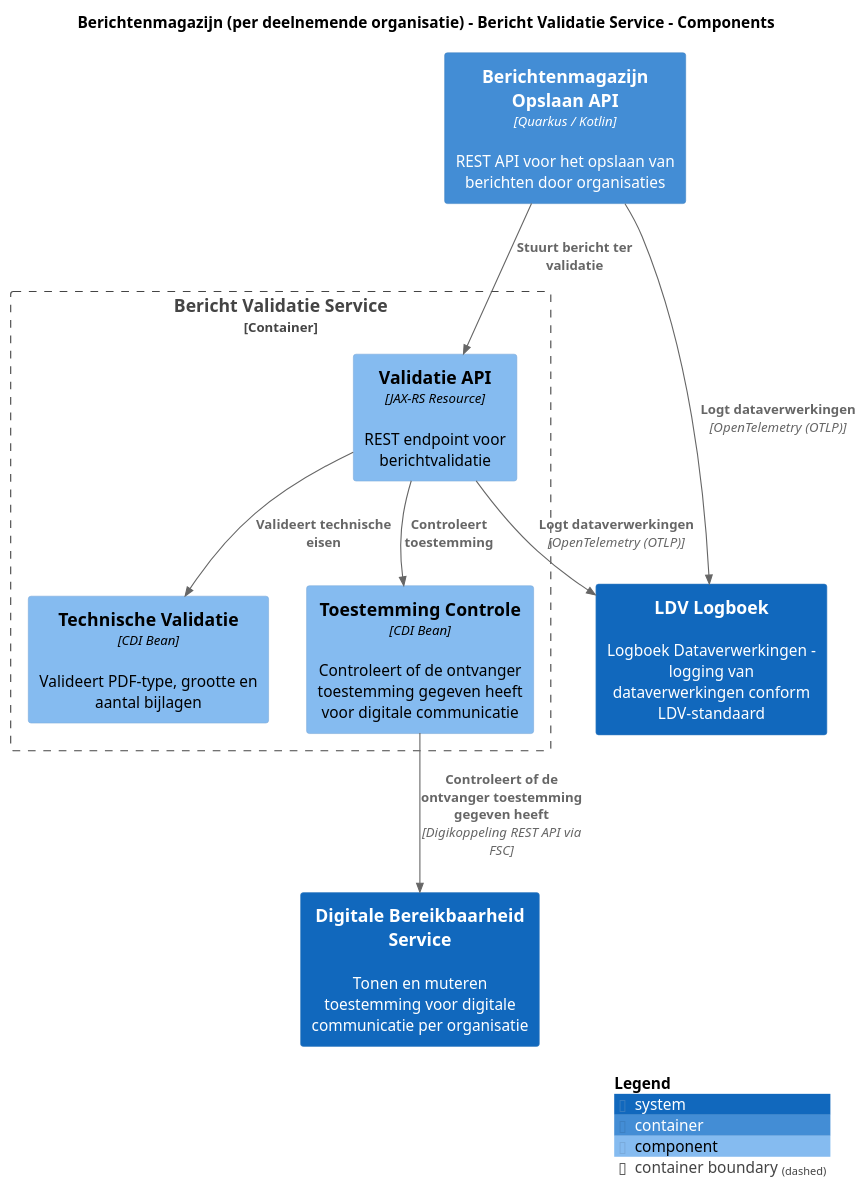
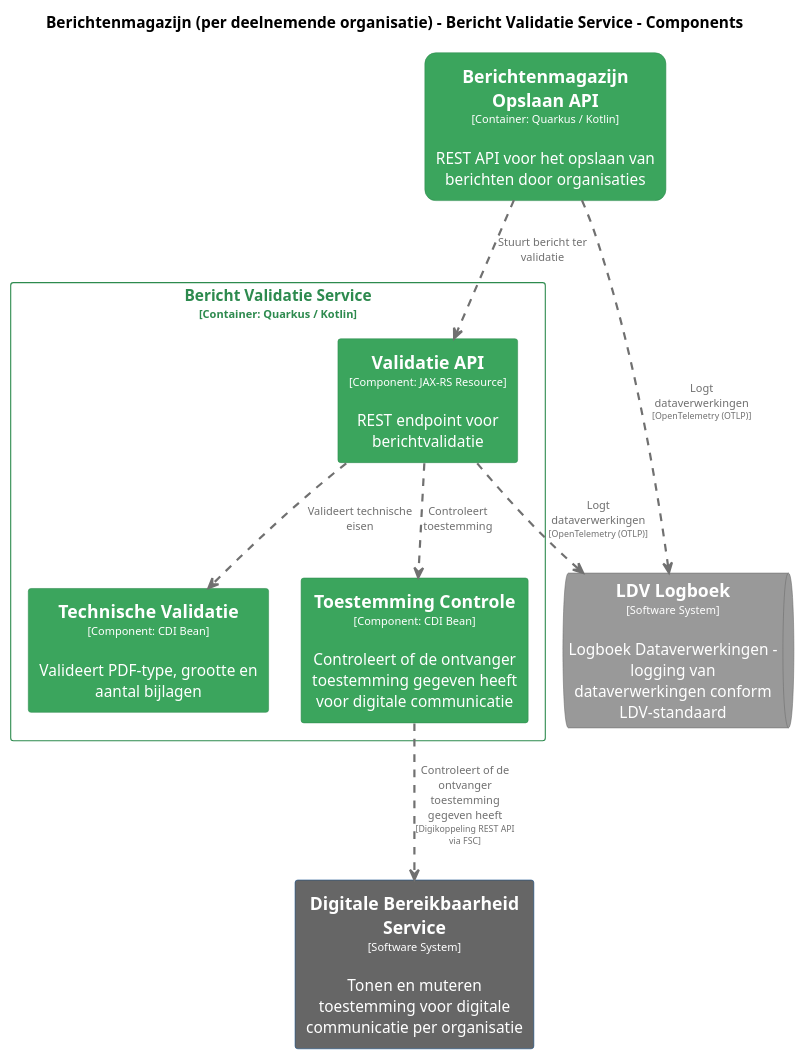
One commit to MinBZK/moza-poc-fbs-berichtenbox changed the diagram in master/puml/BerichtValidatieComponenten.puml. Above: the diagram before and after it, drawn with PlantUML. The commit also changed 45 other files, not shown here.

```diff
--- a/master/puml/BerichtValidatieComponenten.puml
+++ b/master/puml/BerichtValidatieComponenten.puml
@@ -1,30 +1,77 @@
 @startuml
 set separator none
 title Berichtenmagazijn (per deelnemende organisatie) - Bericht Validatie Service - Components
 
 top to bottom direction
+skinparam ranksep 60
+skinparam nodesep 30
 
-!include <C4/C4>
-!include <C4/C4_Context>
-!include <C4/C4_Container>
-!include <C4/C4_Component>
-
-System(DigitaleBereikbaarheidService, "Digitale Bereikbaarheid Service", $descr="Tonen en muteren toestemming voor digitale communicatie per organisatie", $tags="", $link="")
-Container(Berichtenmagazijnperdeelnemendeorganisatie.BerichtenmagazijnOpslaanAPI, "Berichtenmagazijn Opslaan API", $techn="Quarkus / Kotlin", $descr="REST API voor het opslaan van berichten door organisaties", $tags="", $link="")
-System(LDVLogboek, "LDV Logboek", $descr="Logboek Dataverwerkingen - logging van dataverwerkingen conform LDV-standaard", $tags="", $link="")
-
-Container_Boundary("Berichtenmagazijnperdeelnemendeorganisatie.BerichtValidatieService_boundary", "Bericht Validatie Service", $tags="") {
-  Component(Berichtenmagazijnperdeelnemendeorganisatie.BerichtValidatieService.ValidatieAPI, "Validatie API", $techn="JAX-RS Resource", $descr="REST endpoint voor berichtvalidatie", $tags="", $link="")
-  Component(Berichtenmagazijnperdeelnemendeorganisatie.BerichtValidatieService.TechnischeValidatie, "Technische Validatie", $techn="CDI Bean", $descr="Valideert PDF-type, grootte en aantal bijlagen", $tags="", $link="")
-  Component(Berichtenmagazijnperdeelnemendeorganisatie.BerichtValidatieService.ToestemmingControle, "Toestemming Controle", $techn="CDI Bean", $descr="Controleert of de ontvanger toestemming gegeven heeft voor digitale communicatie", $tags="", $link="")
+skinparam {
+  arrowFontSize 10
+  defaultTextAlignment center
+  wrapWidth 200
+  maxMessageSize 100
 }
 
-Rel(Berichtenmagazijnperdeelnemendeorganisatie.BerichtValidatieService.ValidatieAPI, LDVLogboek, "Logt dataverwerkingen", $techn="OpenTelemetry (OTLP)", $tags="", $link="")
-Rel(Berichtenmagazijnperdeelnemendeorganisatie.BerichtValidatieService.ValidatieAPI, Berichtenmagazijnperdeelnemendeorganisatie.BerichtValidatieService.TechnischeValidatie, "Valideert technische eisen", $techn="", $tags="", $link="")
-Rel(Berichtenmagazijnperdeelnemendeorganisatie.BerichtValidatieService.ValidatieAPI, Berichtenmagazijnperdeelnemendeorganisatie.BerichtValidatieService.ToestemmingControle, "Controleert toestemming", $techn="", $tags="", $link="")
-Rel(Berichtenmagazijnperdeelnemendeorganisatie.BerichtenmagazijnOpslaanAPI, Berichtenmagazijnperdeelnemendeorganisatie.BerichtValidatieService.ValidatieAPI, "Stuurt bericht ter validatie", $techn="", $tags="", $link="")
-Rel(Berichtenmagazijnperdeelnemendeorganisatie.BerichtValidatieService.ToestemmingControle, DigitaleBereikbaarheidService, "Controleert of de ontvanger toestemming gegeven heeft", $techn="Digikoppeling REST API via FSC", $tags="", $link="")
-Rel(Berichtenmagazijnperdeelnemendeorganisatie.BerichtenmagazijnOpslaanAPI, LDVLogboek, "Logt dataverwerkingen", $techn="OpenTelemetry (OTLP)", $tags="", $link="")
+hide stereotype
 
-SHOW_LEGEND(true)
+skinparam rectangle<<Berichtenmagazijnperdeelnemendeorganisatie.BerichtenmagazijnOpslaanAPI>> {
+  BackgroundColor #3ba55d
+  FontColor #ffffff
+  BorderColor #2d8a4e
+  roundCorner 20
+  shadowing false
+}
+skinparam rectangle<<DigitaleBereikbaarheidService>> {
+  BackgroundColor #666666
+  FontColor #ffffff
+  BorderColor #0b4884
+  shadowing false
+}
+skinparam queue<<LDVLogboek>> {
+  BackgroundColor #999999
+  FontColor #ffffff
+  BorderColor #6b6b6b
+  shadowing false
+}
+skinparam rectangle<<Berichtenmagazijnperdeelnemendeorganisatie.BerichtValidatieService.TechnischeValidatie>> {
+  BackgroundColor #3ba55d
+  FontColor #ffffff
+  BorderColor #2d8a4e
+  shadowing false
+}
+skinparam rectangle<<Berichtenmagazijnperdeelnemendeorganisatie.BerichtValidatieService.ToestemmingControle>> {
+  BackgroundColor #3ba55d
+  FontColor #ffffff
+  BorderColor #2d8a4e
+  shadowing false
+}
+skinparam rectangle<<Berichtenmagazijnperdeelnemendeorganisatie.BerichtValidatieService.ValidatieAPI>> {
+  BackgroundColor #3ba55d
+  FontColor #ffffff
+  BorderColor #2d8a4e
+  shadowing false
+}
+skinparam rectangle<<Berichtenmagazijnperdeelnemendeorganisatie.BerichtValidatieService>> {
+  BorderColor #2d8a4e
+  FontColor #2d8a4e
+  shadowing false
+}
+
+rectangle "==Digitale Bereikbaarheid Service\n<size:10>[Software System]</size>\n\nTonen en muteren toestemming voor digitale communicatie per organisatie" <<DigitaleBereikbaarheidService>> as DigitaleBereikbaarheidService
+rectangle "==Berichtenmagazijn Opslaan API\n<size:10>[Container: Quarkus / Kotlin]</size>\n\nREST API voor het opslaan van berichten door organisaties" <<Berichtenmagazijnperdeelnemendeorganisatie.BerichtenmagazijnOpslaanAPI>> as Berichtenmagazijnperdeelnemendeorganisatie.BerichtenmagazijnOpslaanAPI
+queue "==LDV Logboek\n<size:10>[Software System]</size>\n\nLogboek Dataverwerkingen - logging van dataverwerkingen conform LDV-standaard" <<LDVLogboek>> as LDVLogboek
+
+rectangle "Bericht Validatie Service\n<size:10>[Container: Quarkus / Kotlin]</size>" <<Berichtenmagazijnperdeelnemendeorganisatie.BerichtValidatieService>> {
+  rectangle "==Validatie API\n<size:10>[Component: JAX-RS Resource]</size>\n\nREST endpoint voor berichtvalidatie" <<Berichtenmagazijnperdeelnemendeorganisatie.BerichtValidatieService.ValidatieAPI>> as Berichtenmagazijnperdeelnemendeorganisatie.BerichtValidatieService.ValidatieAPI
+  rectangle "==Technische Validatie\n<size:10>[Component: CDI Bean]</size>\n\nValideert PDF-type, grootte en aantal bijlagen" <<Berichtenmagazijnperdeelnemendeorganisatie.BerichtValidatieService.TechnischeValidatie>> as Berichtenmagazijnperdeelnemendeorganisatie.BerichtValidatieService.TechnischeValidatie
+  rectangle "==Toestemming Controle\n<size:10>[Component: CDI Bean]</size>\n\nControleert of de ontvanger toestemming gegeven heeft voor digitale communicatie" <<Berichtenmagazijnperdeelnemendeorganisatie.BerichtValidatieService.ToestemmingControle>> as Berichtenmagazijnperdeelnemendeorganisatie.BerichtValidatieService.ToestemmingControle
+}
+
+Berichtenmagazijnperdeelnemendeorganisatie.BerichtValidatieService.ValidatieAPI .[#707070,thickness=2].> LDVLogboek : "<color:#707070>Logt dataverwerkingen\n<color:#707070><size:8>[OpenTelemetry (OTLP)]</size>"
+Berichtenmagazijnperdeelnemendeorganisatie.BerichtValidatieService.ValidatieAPI .[#707070,thickness=2].> Berichtenmagazijnperdeelnemendeorganisatie.BerichtValidatieService.TechnischeValidatie : "<color:#707070>Valideert technische eisen"
+Berichtenmagazijnperdeelnemendeorganisatie.BerichtValidatieService.ValidatieAPI .[#707070,thickness=2].> Berichtenmagazijnperdeelnemendeorganisatie.BerichtValidatieService.ToestemmingControle : "<color:#707070>Controleert toestemming"
+Berichtenmagazijnperdeelnemendeorganisatie.BerichtenmagazijnOpslaanAPI .[#707070,thickness=2].> Berichtenmagazijnperdeelnemendeorganisatie.BerichtValidatieService.ValidatieAPI : "<color:#707070>Stuurt bericht ter validatie"
+Berichtenmagazijnperdeelnemendeorganisatie.BerichtValidatieService.ToestemmingControle .[#707070,thickness=2].> DigitaleBereikbaarheidService : "<color:#707070>Controleert of de ontvanger toestemming gegeven heeft\n<color:#707070><size:8>[Digikoppeling REST API via FSC]</size>"
+Berichtenmagazijnperdeelnemendeorganisatie.BerichtenmagazijnOpslaanAPI .[#707070,thickness=2].> LDVLogboek : "<color:#707070>Logt dataverwerkingen\n<color:#707070><size:8>[OpenTelemetry (OTLP)]</size>"
 @enduml
```
